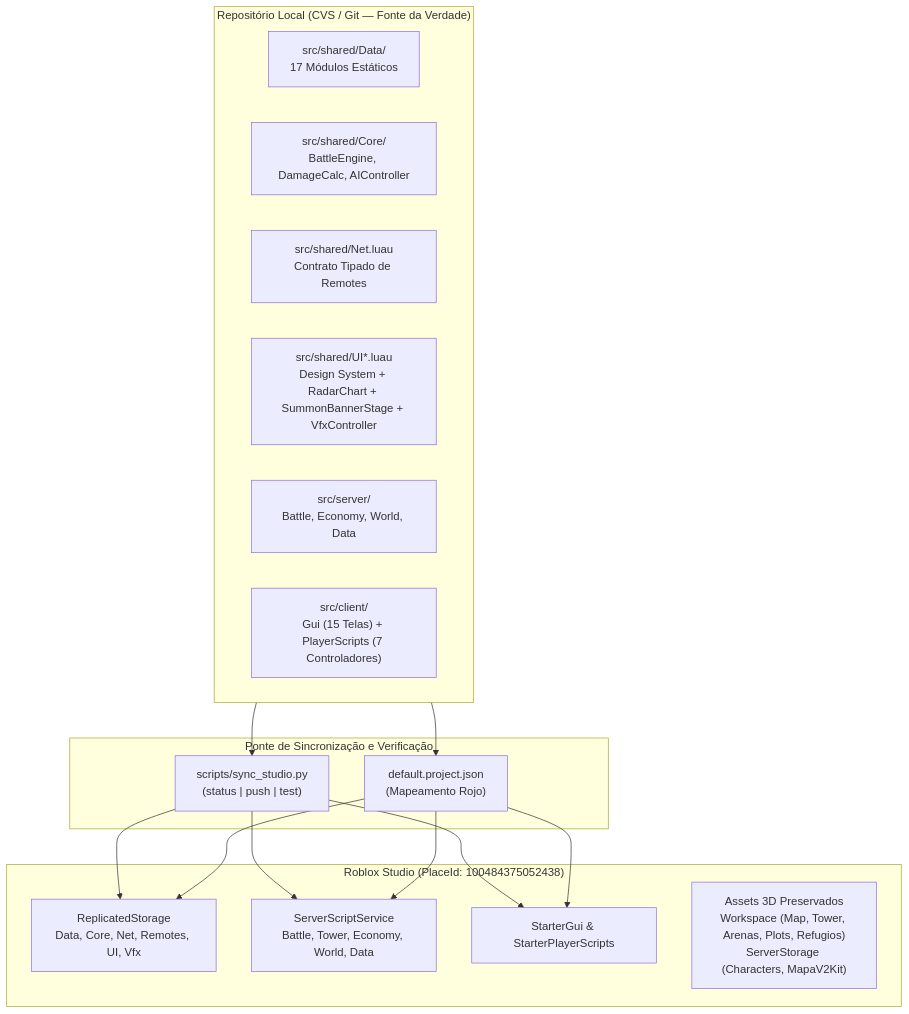
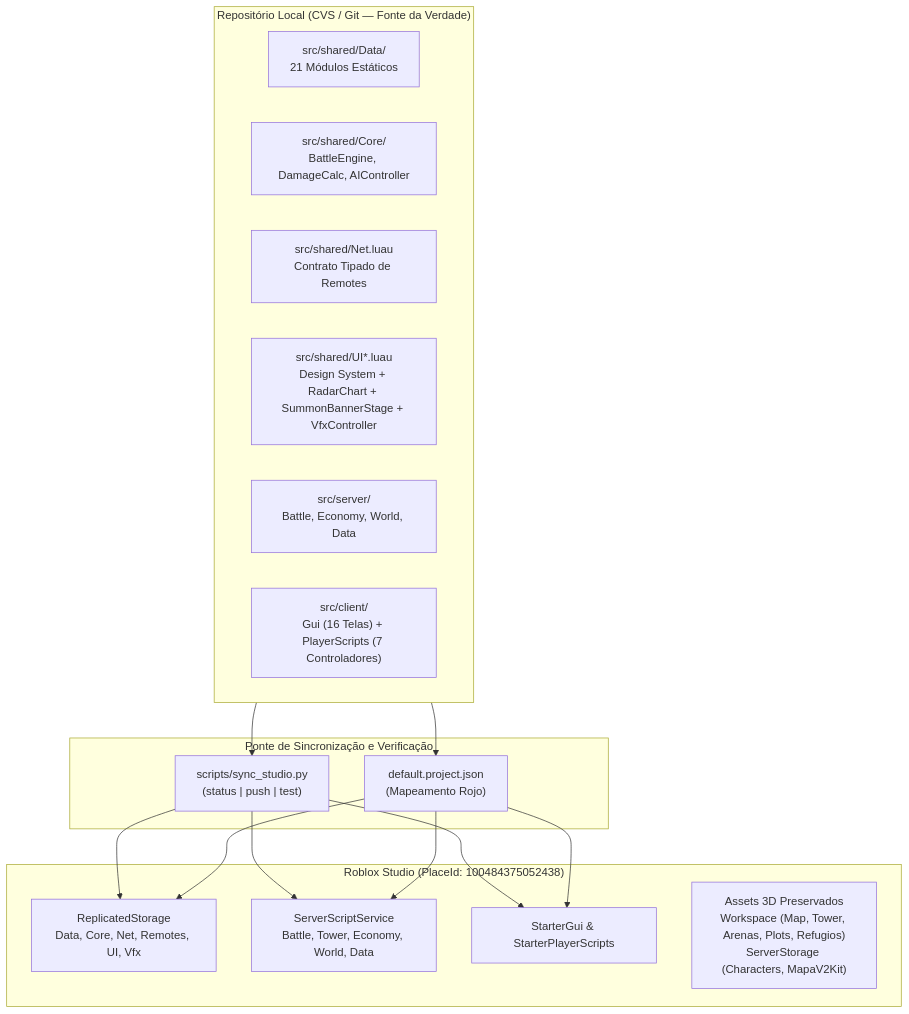
Before and after one commit to celin1221/RobloxProject: the diagram in ARQUITETURA_PROJETO.md, drawn with Mermaid. The commit also changed other lines of this file and 18 other files, not shown here.

````diff
--- a/ARQUITETURA_PROJETO.md
+++ b/ARQUITETURA_PROJETO.md
@@ -11,26 +11,26 @@
 ```mermaid
 flowchart TD
     subgraph Disk["Repositório Local (CVS / Git — Fonte da Verdade)"]
-        SRC_DATA["src/shared/Data/<br/>17 Módulos Estáticos"]
+        SRC_DATA["src/shared/Data/<br/>21 Módulos Estáticos"]
         SRC_CORE["src/shared/Core/<br/>BattleEngine, DamageCalc, AIController"]
         SRC_NET["src/shared/Net.luau<br/>Contrato Tipado de Remotes"]
         SRC_UI["src/shared/UI*.luau<br/>Design System + RadarChart + SummonBannerStage + VfxController"]
         SRC_SRV["src/server/<br/>Battle, Economy, World, Data"]
-        SRC_CLI["src/client/<br/>Gui (15 Telas) + PlayerScripts (7 Controladores)"]
+        SRC_CLI["src/client/<br/>Gui (16 Telas) + PlayerScripts (7 Controladores)"]
     end
 
     subgraph Sync["Ponte de Sincronização e Verificação"]
         SYNC_PY["scripts/sync_studio.py<br/>(status | push | test)"]
         ROJO["default.project.json<br/>(Mapeamento Rojo)"]
     end
 
     subgraph Studio["Roblox Studio (PlaceId: 100484375052438)"]
         RS["ReplicatedStorage<br/>Data, Core, Net, Remotes, UI, Vfx"]
         SSS["ServerScriptService<br/>Battle, Tower, Economy, World, Data"]
         SG["StarterGui & StarterPlayerScripts"]
         ASSETS["Assets 3D Preservados<br/>Workspace (Map, Tower, Arenas, Plots, Refugios)<br/>ServerStorage (Characters, MapaV2Kit)"]
     end
 
     Disk --> SYNC_PY & ROJO
     SYNC_PY & ROJO --> RS & SSS & SG
 ```
````
